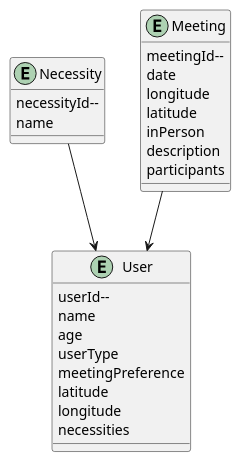
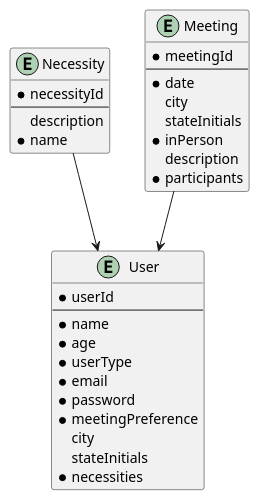
Before and after one commit to Pontes-de-Geracoes/back-end: the diagram in UML/diagrama_entidades.puml, drawn with PlantUML.

Commit message:
Altera diagrama de entidades

```diff
--- a/UML/diagrama_entidades.puml
+++ b/UML/diagrama_entidades.puml
@@ -1,34 +1,37 @@
 @startuml
     entity User {
-    
-        userId--
-        name
-        age
-        userType
-        meetingPreference
-        latitude
-        longitude
-        necessities
+        * userId
+        --
+        * name
+        * age
+        * userType
+        * email
+        * password
+        * meetingPreference
+        city
+        stateInitials
+        * necessities
     }
 
     entity Necessity{
-        
-        necessityId--
-        name
+        * necessityId 
+        --
+        description
+        * name
     }
 
     entity Meeting {
-        
-        meetingId--
-        date
-        longitude
-        latitude
-        inPerson
+        * meetingId
+        --
+        * date
+        city
+        stateInitials
+        * inPerson
         description
-        participants
+        * participants
     }
 
     Meeting --> User
     Necessity --> User
 
 @enduml
```
